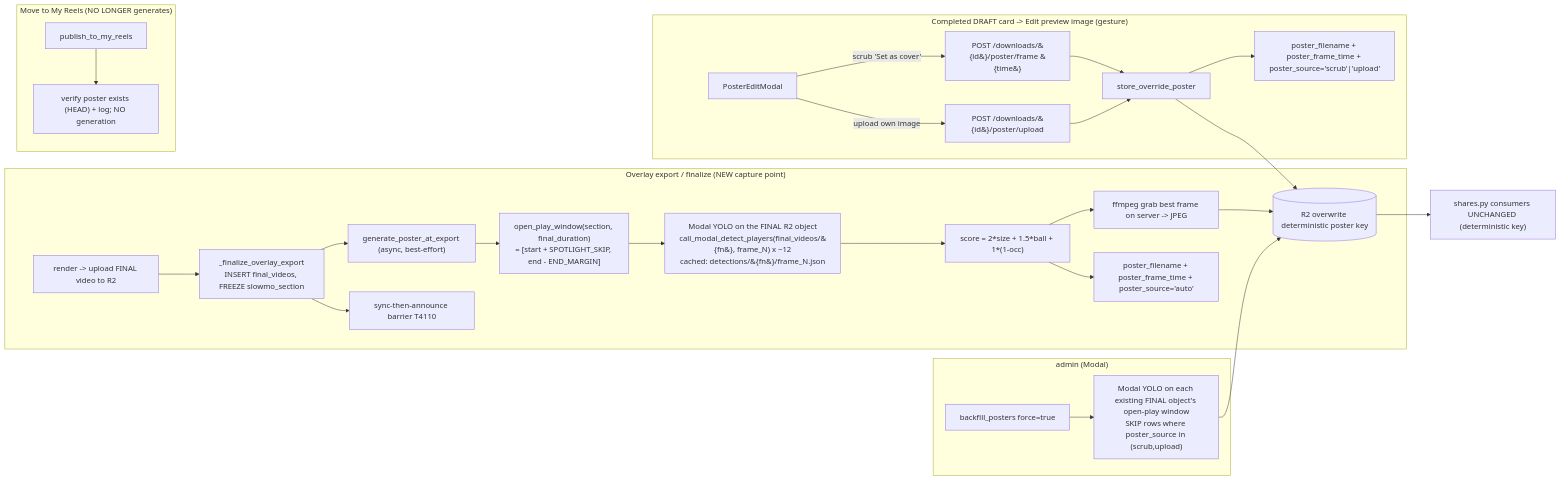
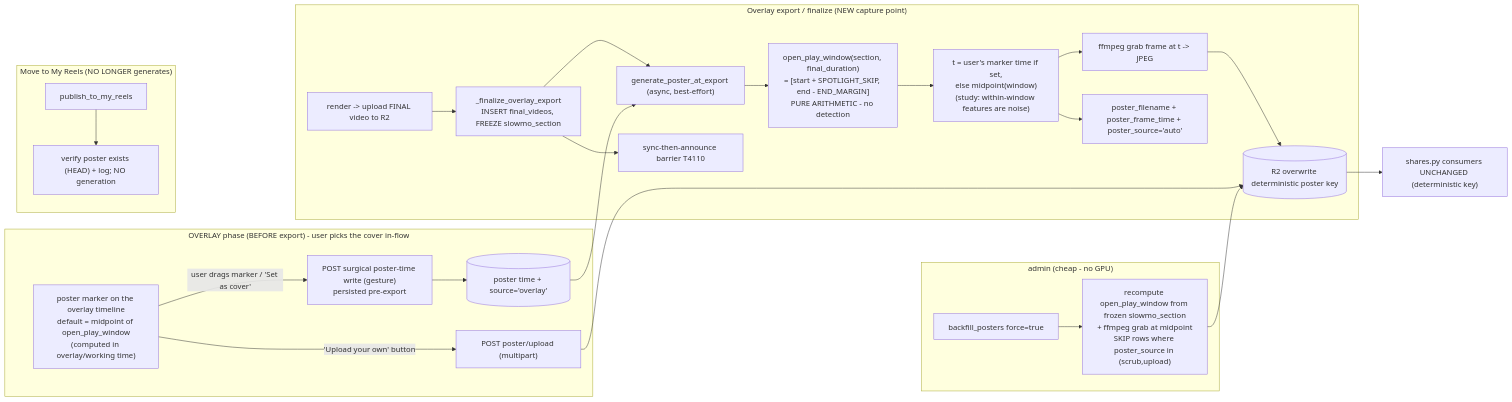
The second of 2 diagrams in docs/plans/tasks/T5410-design.md (imankha/video-editor), drawn with Mermaid before and after one commit. The commit also changed other lines of this file and 1 other file, not shown here.

First line of the commit message:
T5410: rework design to drop new YOLO + move override into overlay

````diff
--- a/docs/plans/tasks/T5410-design.md
+++ b/docs/plans/tasks/T5410-design.md
@@ -88,30 +140,29 @@
 ```mermaid
 flowchart LR
   subgraph Export["Overlay export / finalize (NEW capture point)"]
     R[render -> upload FINAL video to R2] --> FIN["_finalize_overlay_export<br/>INSERT final_videos, FREEZE slowmo_section"]
     FIN --> GEN["generate_poster_at_export (async, best-effort)"]
-    GEN --> W["open_play_window(section, final_duration)<br/>= [start + SPOTLIGHT_SKIP, end - END_MARGIN]"]
-    W --> DET["Modal YOLO on the FINAL R2 object<br/>call_modal_detect_players(final_videos/&#123;fn&#125;, frame_N) x ~12<br/>cached: detections/&#123;fn&#125;/frame_N.json"]
-    DET --> SC["score = 2*size + 1.5*ball + 1*(1-occ)"]
-    SC --> GRAB[ffmpeg grab best frame on server -> JPEG]
+    GEN --> W["open_play_window(section, final_duration)<br/>= [start + SPOTLIGHT_SKIP, end - END_MARGIN]<br/>PURE ARITHMETIC - no detection"]
+    W --> PICK["t = user's marker time if set,<br/>else midpoint(window)<br/>(study: within-window features are noise)"]
+    PICK --> GRAB[ffmpeg grab frame at t -> JPEG]
     GRAB --> R2[(R2 overwrite deterministic poster key)]
-    SC --> COL["poster_filename + poster_frame_time + poster_source='auto'"]
+    PICK --> COL["poster_filename + poster_frame_time + poster_source='auto'"]
     FIN --> BARR[sync-then-announce barrier T4110]
   end
-  subgraph Override["Completed DRAFT card -> Edit preview image (gesture)"]
-    C[PosterEditModal] -->|scrub 'Set as cover'| FR["POST /downloads/&#123;id&#125;/poster/frame &#123;time&#125;"]
-    C -->|upload own image| UP["POST /downloads/&#123;id&#125;/poster/upload"]
-    FR --> OV[store_override_poster]
-    UP --> OV
-    OV --> R2
-    OV --> COL2["poster_filename + poster_frame_time + poster_source='scrub'|'upload'"]
+  subgraph Overlay["OVERLAY phase (BEFORE export) - user picks the cover in-flow"]
+    MK["poster marker on the overlay timeline<br/>default = midpoint of open_play_window<br/>(computed in overlay/working time)"]
+    MK -->|user drags marker / 'Set as cover'| SV["POST surgical poster-time write (gesture)<br/>persisted pre-export"]
+    MK -->|'Upload your own' button| UP["POST poster/upload (multipart)"]
+    SV --> PT[("poster time + source='overlay'")]
+    UP --> R2
+    PT --> GEN
   end
   subgraph PublishNow["Move to My Reels (NO LONGER generates)"]
     PB[publish_to_my_reels] --> VER["verify poster exists (HEAD) + log; NO generation"]
   end
-  subgraph Backfill["admin (Modal)"]
-    A[backfill_posters force=true] --> DET2["Modal YOLO on each existing FINAL object's open-play window<br/>SKIP rows where poster_source in (scrub,upload)"]
+  subgraph Backfill["admin (cheap - no GPU)"]
+    A[backfill_posters force=true] --> DET2["recompute open_play_window from frozen slowmo_section<br/>+ ffmpeg grab at midpoint<br/>SKIP rows where poster_source in (scrub,upload)"]
     DET2 --> R2
   end
   R2 --> CONS["shares.py consumers UNCHANGED (deterministic key)"]
 ```
````
